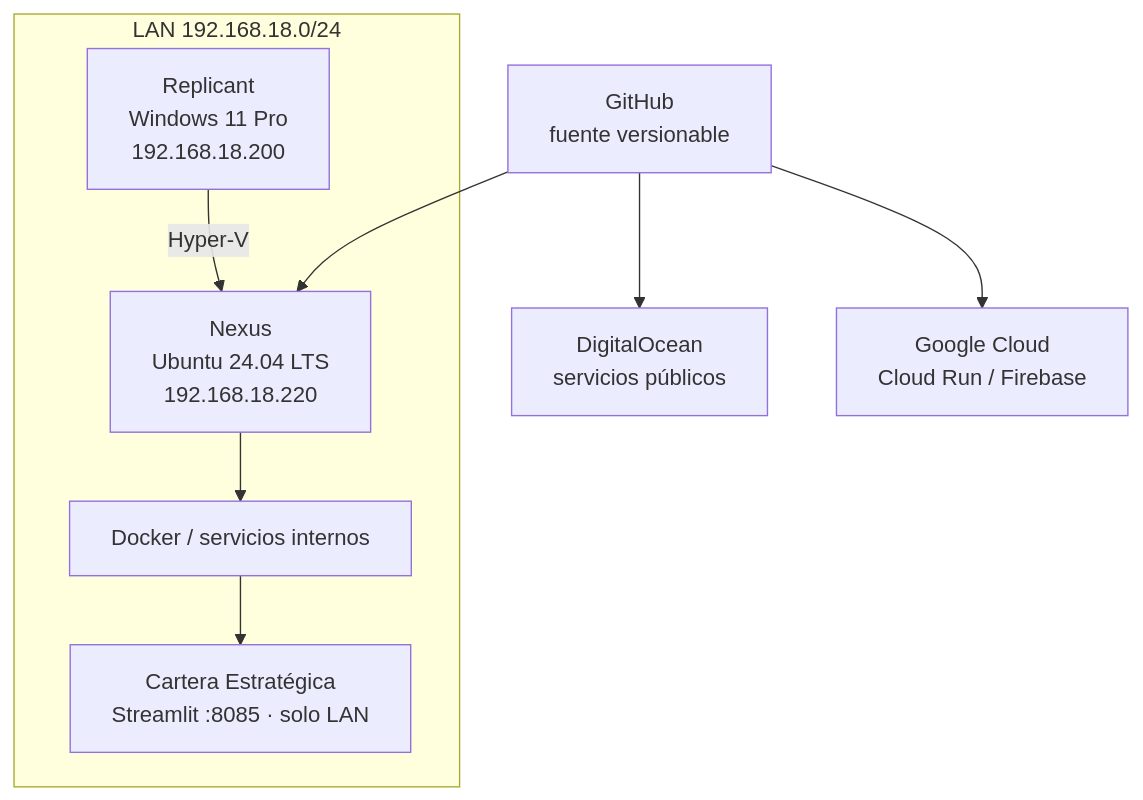
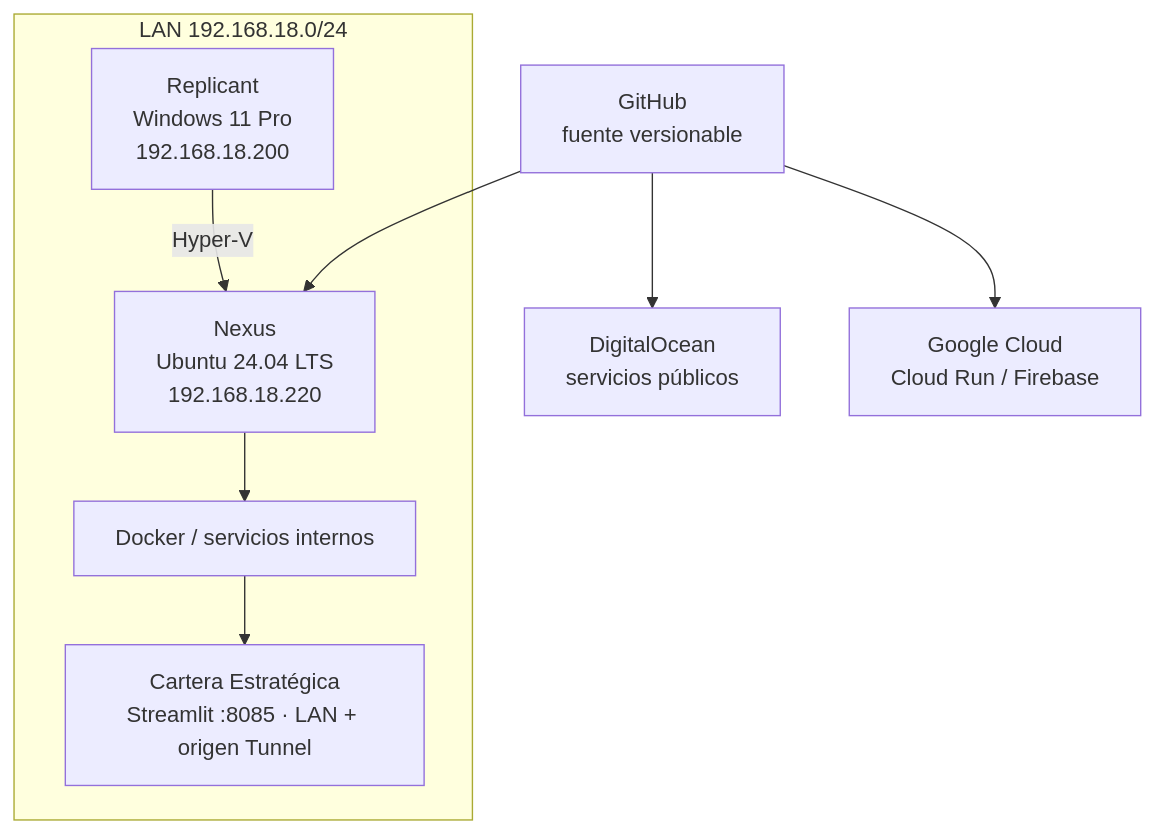
One commit to ratienza/infra-replicant-lab changed the third of 4 diagrams in docs/arquitectura.md. Above: the diagram before and after it, drawn with Mermaid. The commit also changed other lines of this file and 39 other files, not shown here.

````diff
--- a/docs/arquitectura.md
+++ b/docs/arquitectura.md
@@ -68,14 +70,14 @@
 ```mermaid
 flowchart TB
     subgraph LAN["LAN 192.168.18.0/24"]
         R["Replicant<br/>Windows 11 Pro<br/>192.168.18.200"]
         N["Nexus<br/>Ubuntu 24.04 LTS<br/>192.168.18.220"]
         R -->|Hyper-V| N
         N --> NR["Docker / servicios internos"]
-        NR --> CE["Cartera Estratégica<br/>Streamlit :8085 · solo LAN"]
+        NR --> CE["Cartera Estratégica<br/>Streamlit :8085 · LAN + origen Tunnel"]
     end
 
     GH["GitHub<br/>fuente versionable"] --> N
     GH --> DO["DigitalOcean<br/>servicios públicos"]
     GH --> GC["Google Cloud<br/>Cloud Run / Firebase"]
 ```
````
